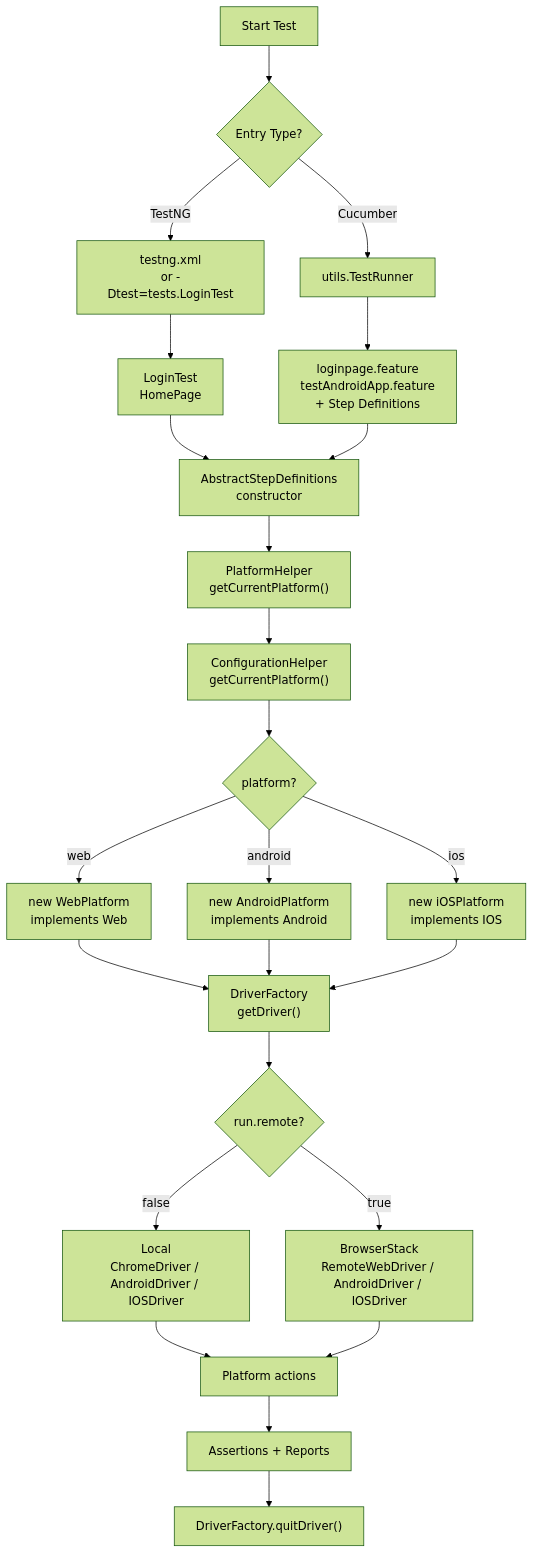
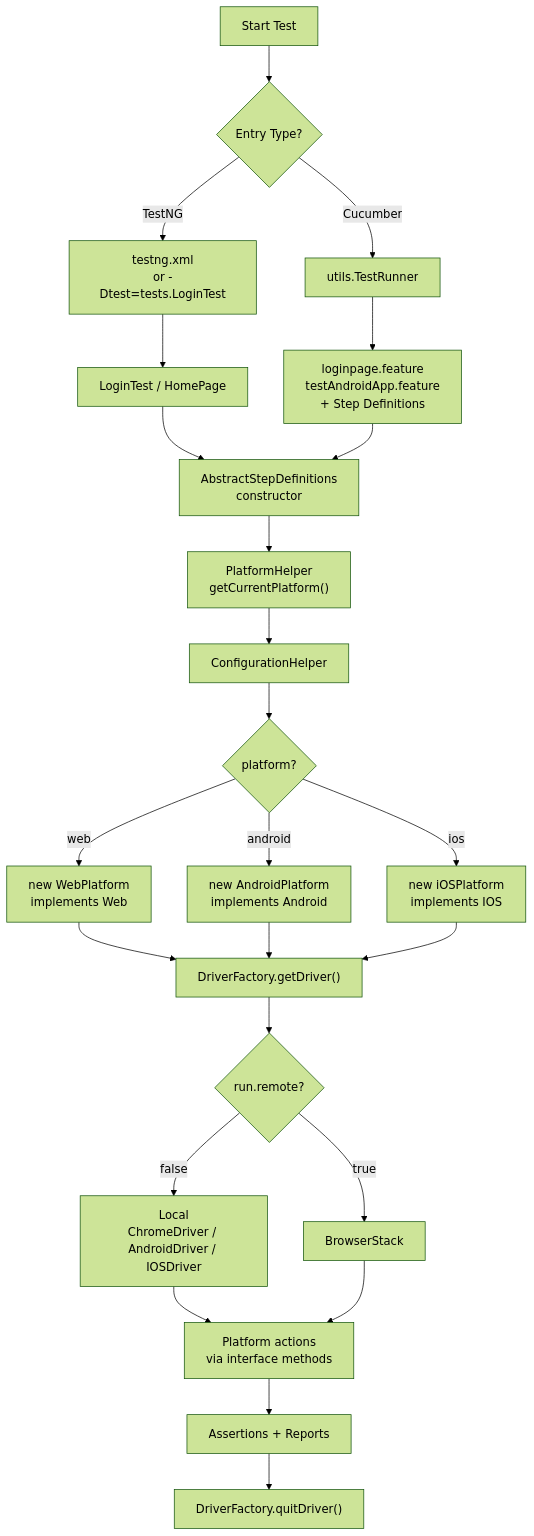
Before and after one commit to Vijay-Durairaj/SeleniumFramework: the second of 3 diagrams in README.md, drawn with Mermaid (forest theme). The commit also changed other lines of this file and 1 other file, not shown here.

````diff
--- a/README.md
+++ b/README.md
@@ -290,35 +304,35 @@
 ```mermaid
 flowchart TD
     START["Start Test"] --> ENTRY{"Entry Type?"}
 
     ENTRY -->|TestNG| TNG["testng.xml\nor -Dtest=tests.LoginTest"]
     ENTRY -->|Cucumber| CUC["utils.TestRunner"]
 
-    TNG --> TCLASS["LoginTest\nHomePage"]
+    TNG --> TCLASS["LoginTest / HomePage"]
     CUC --> FEAT["loginpage.feature\ntestAndroidApp.feature\n+ Step Definitions"]
 
     TCLASS --> ABS["AbstractStepDefinitions\nconstructor"]
     FEAT --> ABS
 
     ABS --> PH["PlatformHelper\ngetCurrentPlatform()"]
-    PH --> CH["ConfigurationHelper\ngetCurrentPlatform()"]
+    PH --> CH["ConfigurationHelper"]
     CH --> PLAT{"platform?"}
 
     PLAT -->|web| WP["new WebPlatform\nimplements Web"]
     PLAT -->|android| AP["new AndroidPlatform\nimplements Android"]
     PLAT -->|ios| IP["new iOSPlatform\nimplements IOS"]
 
-    WP --> DF["DriverFactory\ngetDriver()"]
+    WP --> DF["DriverFactory.getDriver()"]
     AP --> DF
     IP --> DF
 
     DF --> REMOTE{"run.remote?"}
     REMOTE -->|false| LOCAL["Local\nChromeDriver / AndroidDriver / IOSDriver"]
-    REMOTE -->|true| BS["BrowserStack\nRemoteWebDriver / AndroidDriver / IOSDriver"]
+    REMOTE -->|true| BS["BrowserStack"]
 
-    LOCAL --> ACTIONS["Platform actions"]
+    LOCAL --> ACTIONS["Platform actions\nvia interface methods"]
     BS --> ACTIONS
 
     ACTIONS --> REPORT["Assertions + Reports"]
     REPORT --> QUIT["DriverFactory.quitDriver()"]
 ```
````
